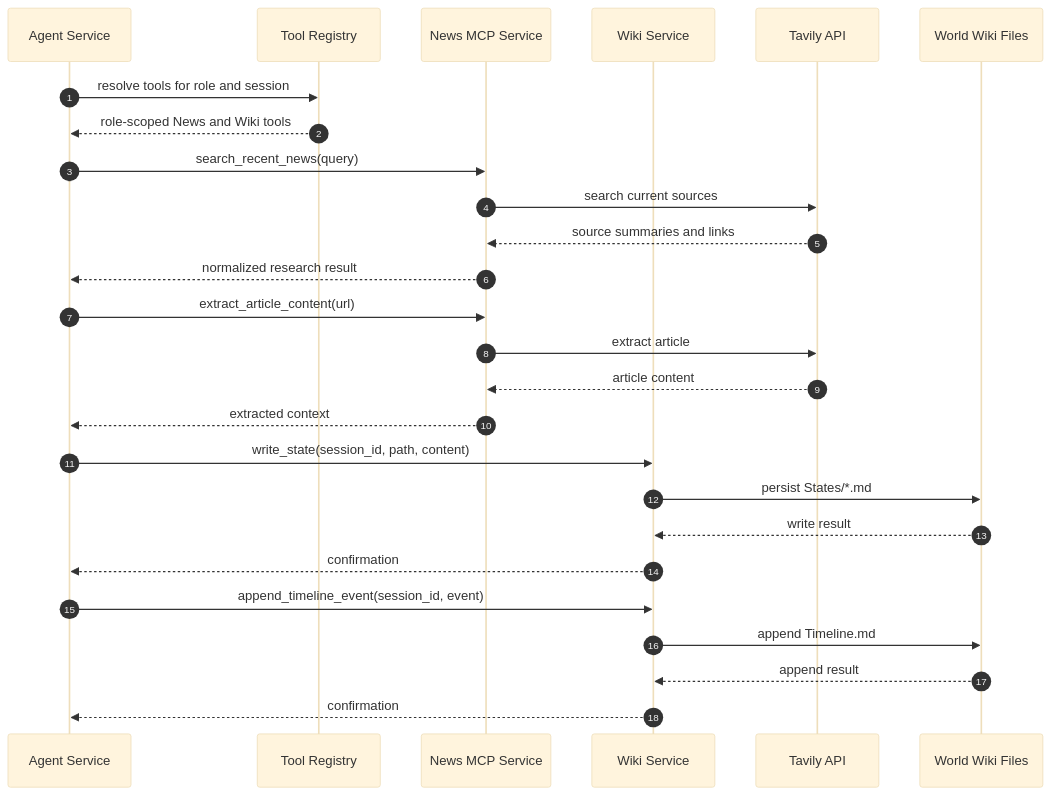
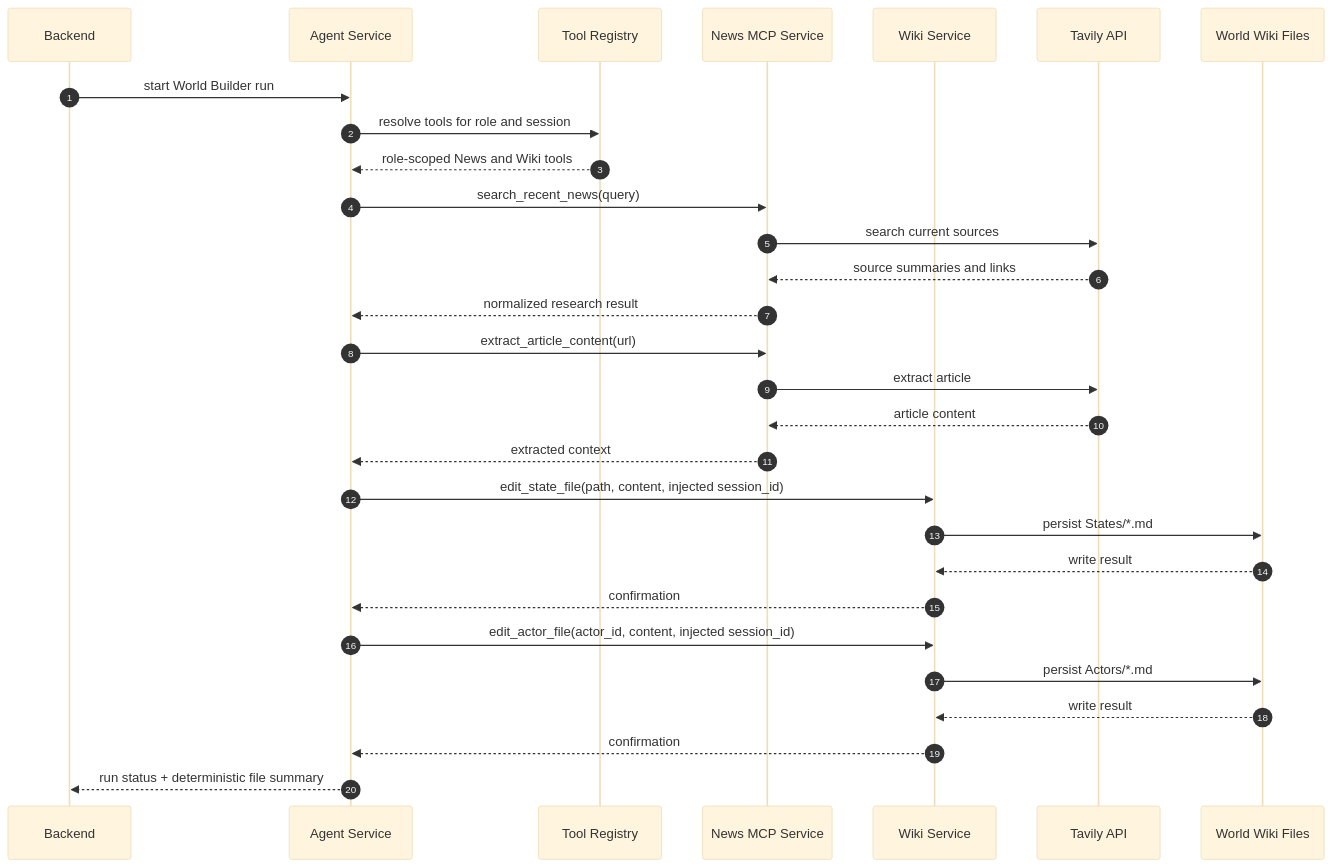
One commit to serpanchyk/Rozbirnyk changed the diagram in docs/diagrams/mcp_interactions.md. Above: the diagram before and after it, drawn with Mermaid (base theme). The commit also changed other lines of this file and 17 other files, not shown here.

Commit message:
docs: refresh ADRs and architecture diagrams

````diff
--- a/docs/diagrams/mcp_interactions.md
+++ b/docs/diagrams/mcp_interactions.md
@@ -3,29 +3,32 @@
 ```mermaid
 sequenceDiagram
     autonumber
+    participant Backend as Backend
     participant Agent as Agent Service
     participant Registry as Tool Registry
     participant News as News MCP Service
     participant Wiki as Wiki Service
     participant Tavily as Tavily API
     participant Files as World Wiki Files
 
+    Backend->>Agent: start World Builder run
     Agent->>Registry: resolve tools for role and session
     Registry-->>Agent: role-scoped News and Wiki tools
     Agent->>News: search_recent_news(query)
     News->>Tavily: search current sources
     Tavily-->>News: source summaries and links
     News-->>Agent: normalized research result
     Agent->>News: extract_article_content(url)
     News->>Tavily: extract article
     Tavily-->>News: article content
     News-->>Agent: extracted context
-    Agent->>Wiki: write_state(session_id, path, content)
+    Agent->>Wiki: edit_state_file(path, content, injected session_id)
     Wiki->>Files: persist States/*.md
     Files-->>Wiki: write result
     Wiki-->>Agent: confirmation
-    Agent->>Wiki: append_timeline_event(session_id, event)
-    Wiki->>Files: append Timeline.md
-    Files-->>Wiki: append result
+    Agent->>Wiki: edit_actor_file(actor_id, content, injected session_id)
+    Wiki->>Files: persist Actors/*.md
+    Files-->>Wiki: write result
     Wiki-->>Agent: confirmation
+    Agent-->>Backend: run status + deterministic file summary
 ```
````
